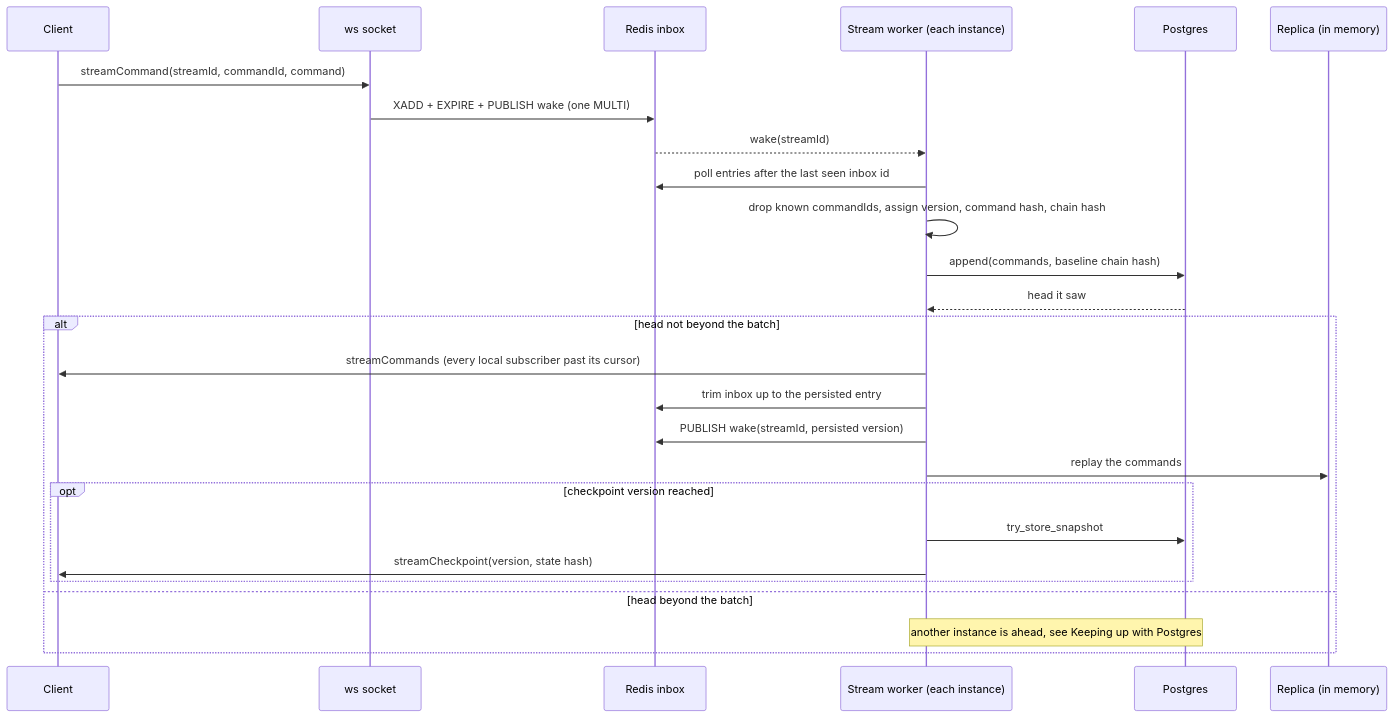
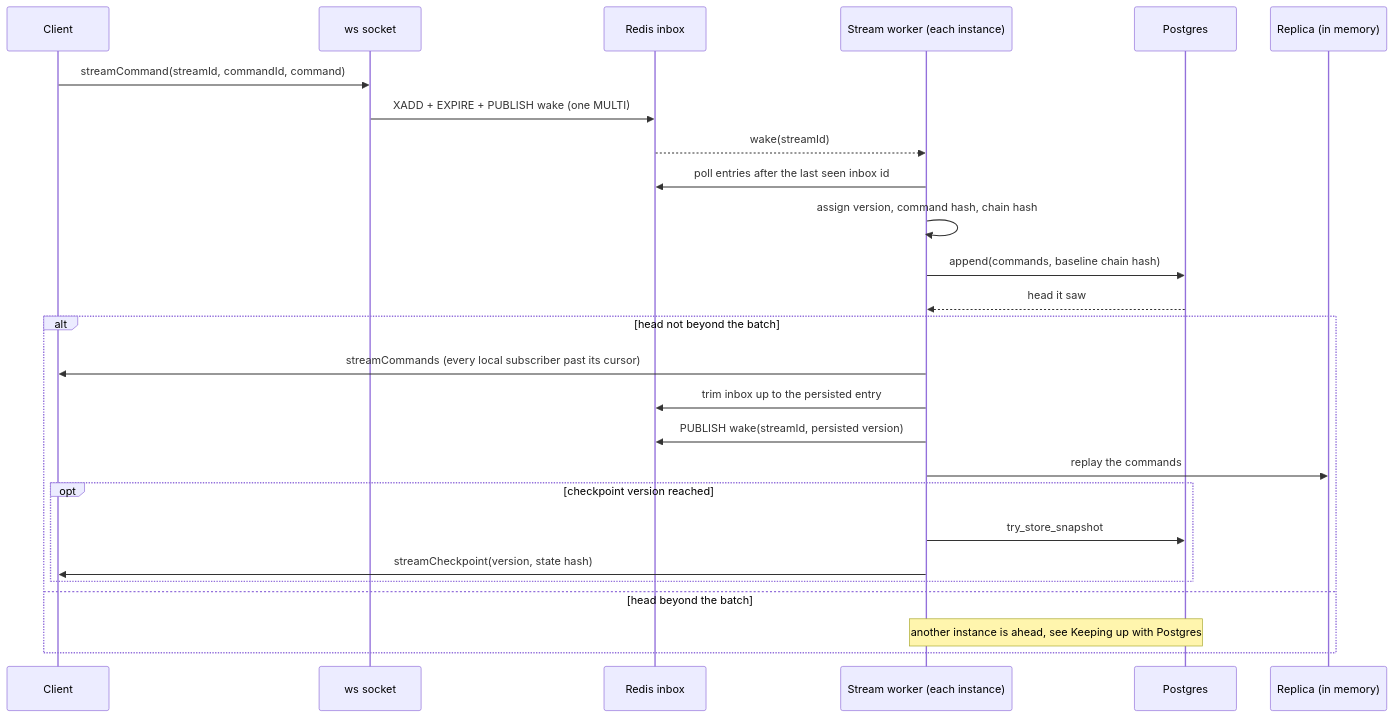
One commit to gzp79/shine-services changed the second of 4 diagrams in docs/services/builder/hub.md. Above: the diagram before and after it, drawn with Mermaid. The commit also changed other lines of this file and 20 other files, not shown here.

````diff
--- a/docs/services/builder/hub.md
+++ b/docs/services/builder/hub.md
@@ -56,29 +56,29 @@
 ```mermaid
 sequenceDiagram
     participant C as Client
     participant W as ws socket
     participant X as Redis inbox
     participant S as Stream worker (each instance)
     participant P as Postgres
     participant R as Replica (in memory)
 
     C->>W: streamCommand(streamId, commandId, command)
     W->>X: XADD + EXPIRE + PUBLISH wake (one MULTI)
     X-->>S: wake(streamId)
     S->>X: poll entries after the last seen inbox id
-    S->>S: drop known commandIds, assign version, command hash, chain hash
+    S->>S: assign version, command hash, chain hash
     S->>P: append(commands, baseline chain hash)
     P-->>S: head it saw
     alt head not beyond the batch
         S->>C: streamCommands (every local subscriber past its cursor)
         S->>X: trim inbox up to the persisted entry
         S->>X: PUBLISH wake(streamId, persisted version)
         S->>R: replay the commands
         opt checkpoint version reached
             S->>P: try_store_snapshot
             S->>C: streamCheckpoint(version, state hash)
         end
     else head beyond the batch
         Note over S,P: another instance is ahead, see Keeping up with Postgres
     end
 ```
````
